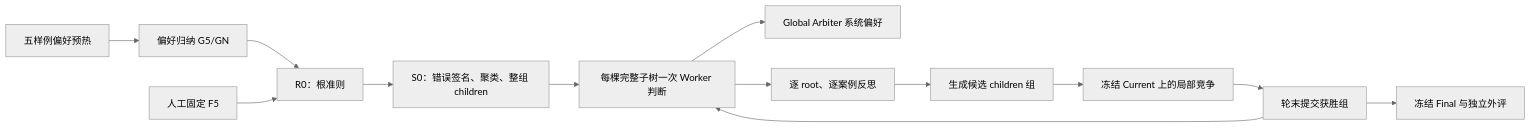
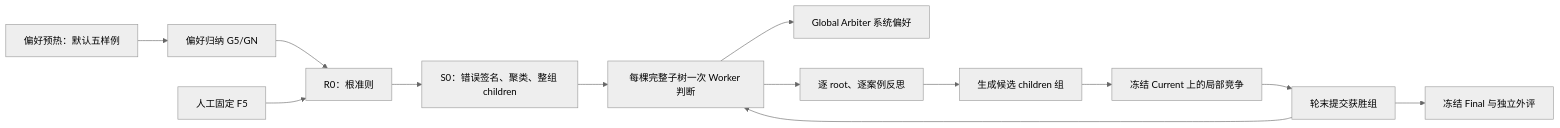
The diagram in docs/architecture.md (xiaoguaiwqx/02-Rubric), drawn with Mermaid (neutral theme) before and after one commit. The commit also changed other lines of this file and 7 other files, not shown here.

````diff
--- a/docs/architecture.md
+++ b/docs/architecture.md
@@ -3,15 +3,15 @@
 ```mermaid
 flowchart LR
-    W[五样例偏好预热] --> G[偏好归纳 G5/GN]
+    W[偏好预热：默认五样例] --> G[偏好归纳 G5/GN]
     G --> R[R0：根准则]
     H[人工固定 F5] --> R
     R --> S[S0：错误签名、聚类、整组 children]
     S --> E[每棵完整子树一次 Worker 判断]
     E --> A[Global Arbiter 系统偏好]
     E --> F[逐 root、逐案例反思]
     F --> C[生成候选 children 组]
     C --> L[冻结 Current 上的局部竞争]
     L --> U[轮末提交获胜组]
     U --> E
     U --> V[冻结 Final 与独立外评]
 ```
````
